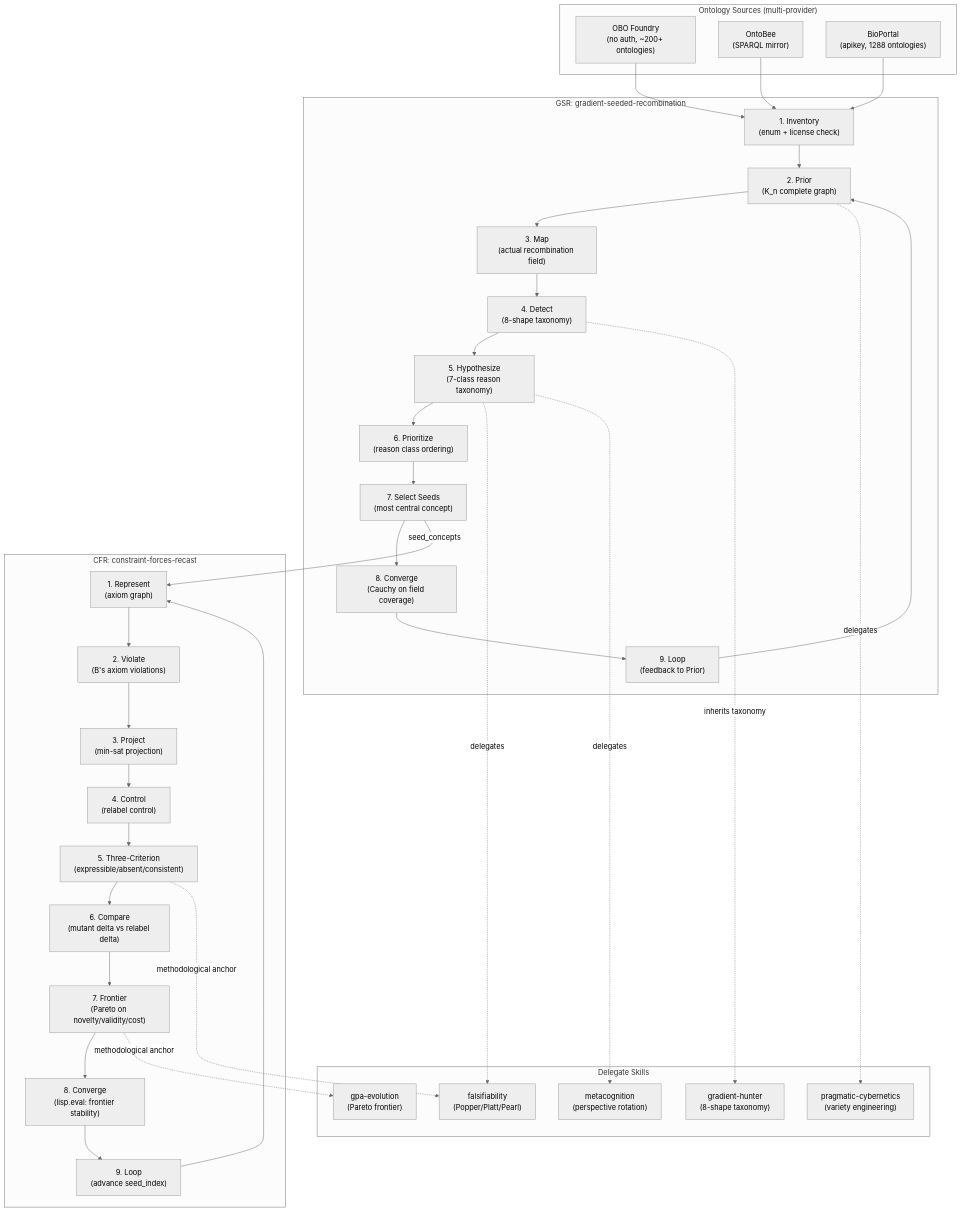
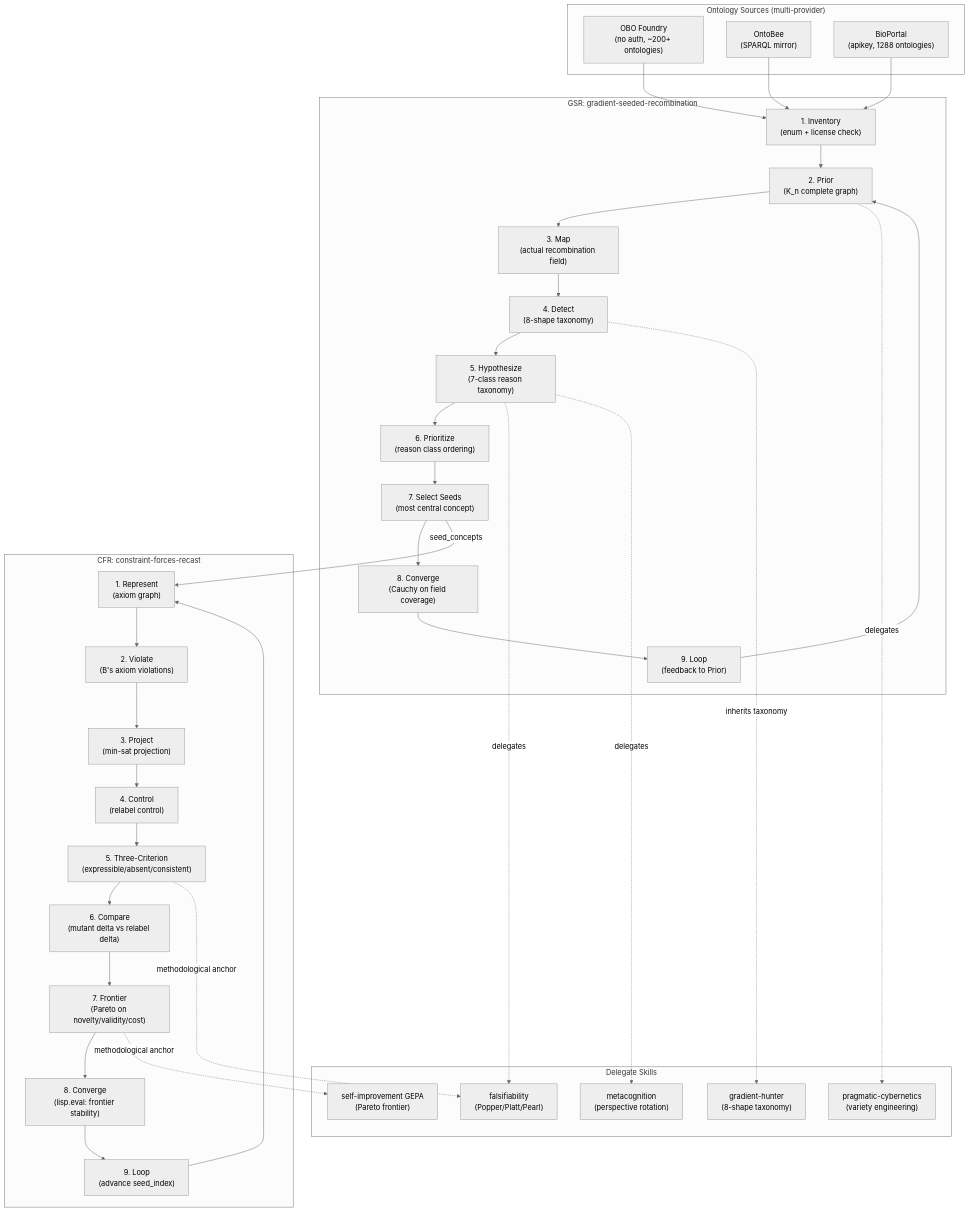
One commit to mdz-axo/zed-kask changed the sixth of 13 diagrams in kask/docs/diagrams/architecture.md. Above: the diagram before and after it, drawn with Mermaid (neutral theme). The commit also changed other lines of this file and 11 other files, not shown here.

First line of the commit message:
Fold gpa-evolution into self-improvement as its GEPA prompt-evolution sub-loop

````diff
--- a/kask/docs/diagrams/architecture.md
+++ b/kask/docs/diagrams/architecture.md
@@ -211,60 +211,60 @@
 ```mermaid
 graph TD
     subgraph "Ontology Sources (multi-provider)"
         OBO["OBO Foundry\n(no auth, ~200+ ontologies)"]
         ONTOBEE["OntoBee\n(SPARQL mirror)"]
         BIOPORTAL["BioPortal\n(apikey, 1288 ontologies)"]
     end
 
     subgraph "GSR: gradient-seeded-recombination"
         GSR_INV["1. Inventory\n(enum + license check)"]
         GSR_PRIOR["2. Prior\n(K_n complete graph)"]
         GSR_MAP["3. Map\n(actual recombination field)"]
         GSR_DETECT["4. Detect\n(8-shape taxonomy)"]
         GSR_HYP["5. Hypothesize\n(7-class reason taxonomy)"]
         GSR_PRIO["6. Prioritize\n(reason class ordering)"]
         GSR_SEED["7. Select Seeds\n(most central concept)"]
         GSR_CONV["8. Converge\n(Cauchy on field coverage)"]
         GSR_LOOP["9. Loop\n(feedback to Prior)"]
 
         GSR_INV --> GSR_PRIOR --> GSR_MAP --> GSR_DETECT --> GSR_HYP --> GSR_PRIO --> GSR_SEED --> GSR_CONV --> GSR_LOOP
         GSR_LOOP --> GSR_PRIOR
     end
 
     subgraph "CFR: constraint-forces-recast"
         CFR_REP["1. Represent\n(axiom graph)"]
         CFR_VIOL["2. Violate\n(B's axiom violations)"]
         CFR_PROJ["3. Project\n(min-sat projection)"]
         CFR_CTRL["4. Control\n(relabel control)"]
         CFR_3CRIT["5. Three-Criterion\n(expressible/absent/consistent)"]
         CFR_CMP["6. Compare\n(mutant delta vs relabel delta)"]
         CFR_FRON["7. Frontier\n(Pareto on novelty/validity/cost)"]
         CFR_CONV["8. Converge\n(lisp.eval: frontier stability)"]
         CFR_LOOP["9. Loop\n(advance seed_index)"]
 
         CFR_REP --> CFR_VIOL --> CFR_PROJ --> CFR_CTRL --> CFR_3CRIT --> CFR_CMP --> CFR_FRON --> CFR_CONV --> CFR_LOOP
         CFR_LOOP --> CFR_REP
     end
 
     subgraph "Delegate Skills"
         FALS["falsifiability\n(Popper/Platt/Pearl)"]
         GHUNT["gradient-hunter\n(8-shape taxonomy)"]
-        GPA["gpa-evolution\n(Pareto frontier)"]
+        GPA["self-improvement GEPA\n(Pareto frontier)"]
         PCYB["pragmatic-cybernetics\n(variety engineering)"]
         META["metacognition\n(perspective rotation)"]
     end
 
     OBO --> GSR_INV
     ONTOBEE --> GSR_INV
     BIOPORTAL --> GSR_INV
 
     GSR_HYP -.->|delegates| FALS
     GSR_HYP -.->|delegates| META
     GSR_PRIOR -.->|delegates| PCYB
     GSR_DETECT -.->|inherits taxonomy| GHUNT
 
     GSR_SEED -->|seed_concepts| CFR_REP
 
     CFR_3CRIT -.->|methodological anchor| FALS
     CFR_FRON -.->|methodological anchor| GPA
 ```
````
